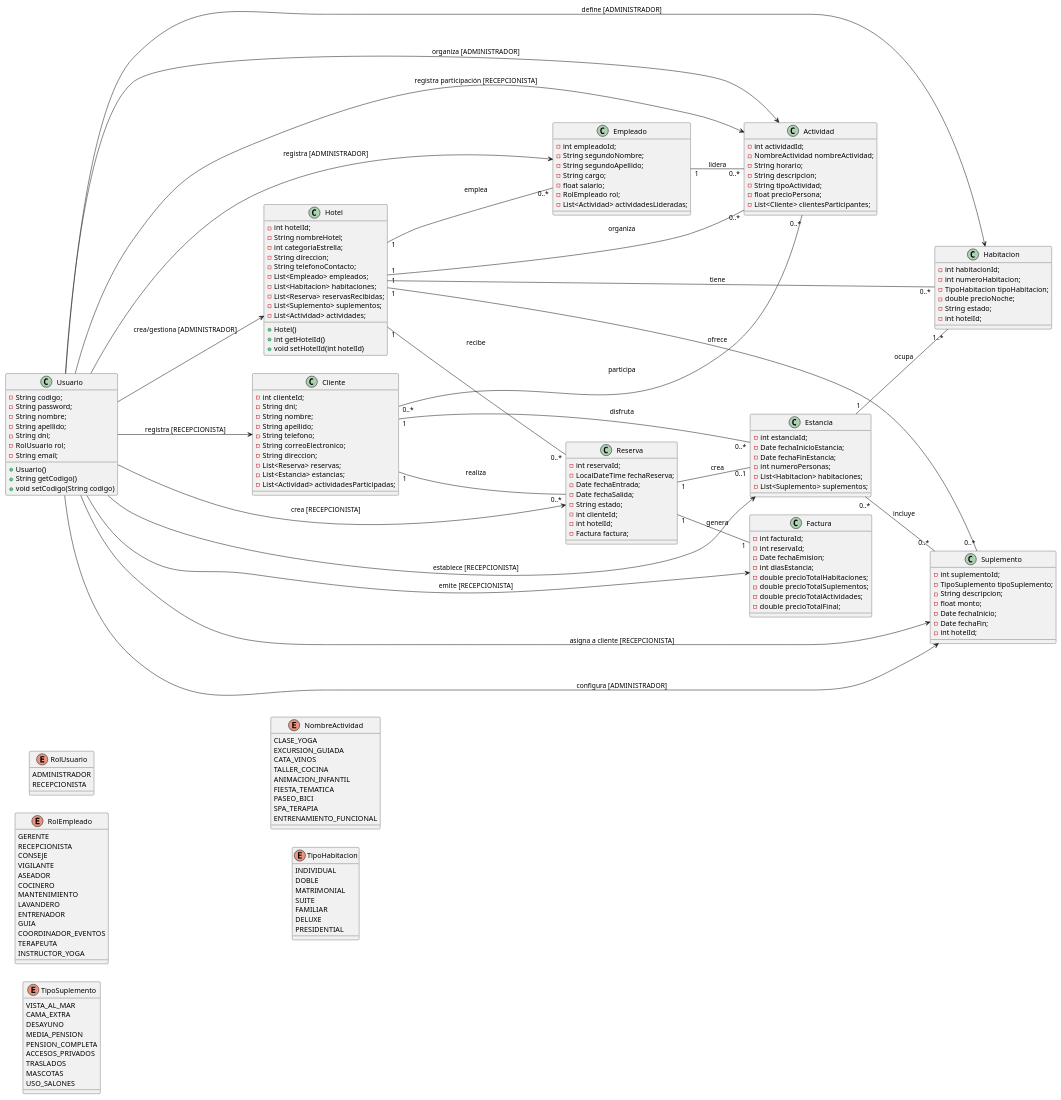
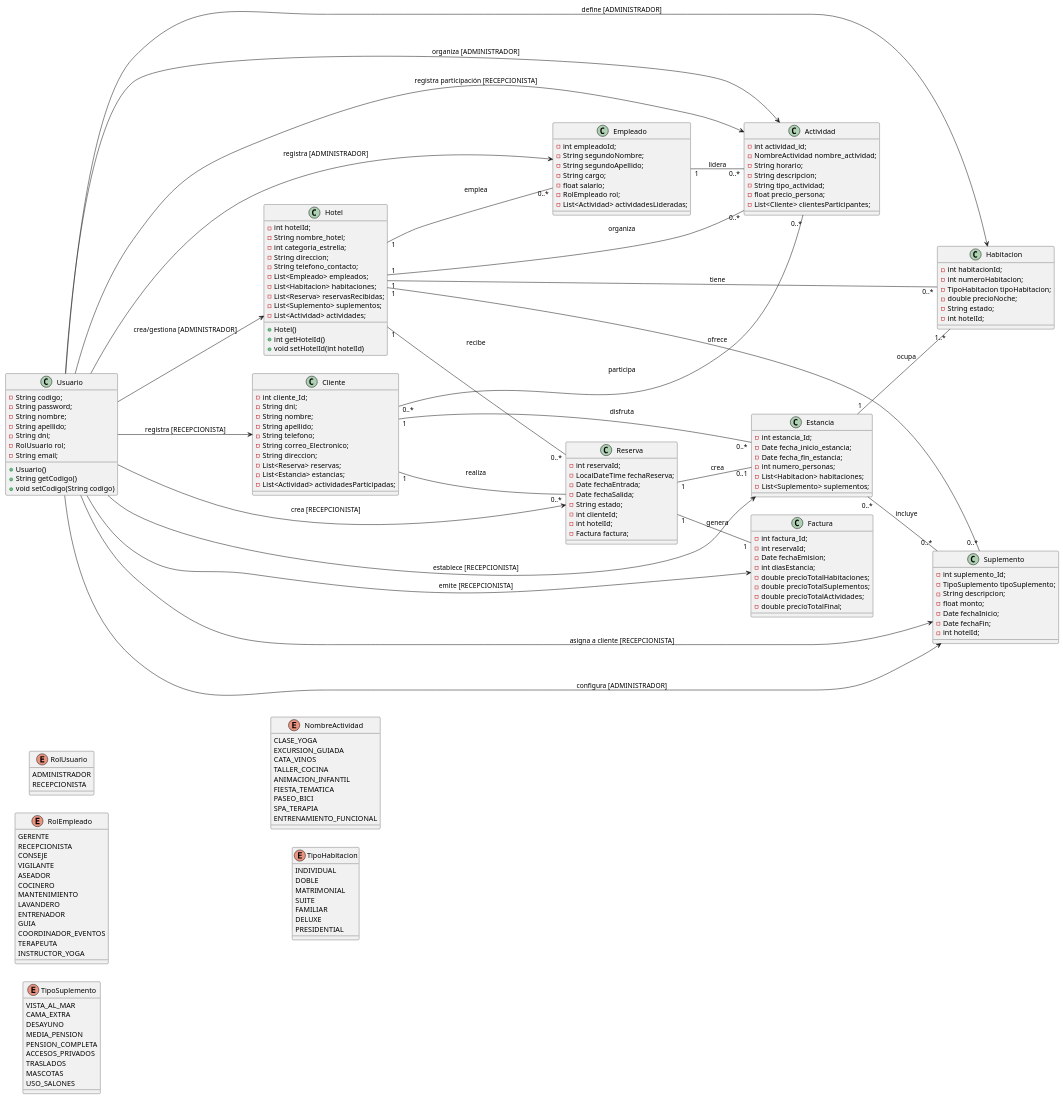
One commit to JTobon16/JTobon16-Actividad_1_Desarrollo_de_Software changed the diagram in src/Ejercicio32_Hoteles/DiagramaDeClases.puml. Above: the diagram before and after it, drawn with PlantUML.

Commit message:
se modifico el diagrama de clase

```diff
--- a/src/Ejercicio32_Hoteles/DiagramaDeClases.puml
+++ b/src/Ejercicio32_Hoteles/DiagramaDeClases.puml
@@ -17,10 +17,10 @@
 
 class Hotel {
   - int hotelId;
-  - String nombreHotel;
-  - int categoriaEstrella;
+  - String nombre_hotel;
+  - int categoria_estrella;
   - String direccion;
-  - String telefonoContacto;
+  - String telefono_contacto;
   - List<Empleado> empleados;
   - List<Habitacion> habitaciones;
   - List<Reserva> reservasRecibidas;
@@ -51,12 +51,12 @@
 }
 
 class Cliente {
-  - int clienteId;
+  - int cliente_Id;
   - String dni;
   - String nombre;
   - String apellido;
   - String telefono;
-  - String correoElectronico;
+  - String correo_Electronico;
   - String direccion;
   - List<Reserva> reservas;
   - List<Estancia> estancias;
@@ -75,16 +75,16 @@
 }
 
 class Estancia {
-  - int estanciaId;
-  - Date fechaInicioEstancia;
-  - Date fechaFinEstancia;
-  - int numeroPersonas;
+  - int estancia_Id;
+  - Date fecha_inicio_estancia;
+  - Date fecha_fin_estancia;
+  - int numero_personas;
   - List<Habitacion> habitaciones;
   - List<Suplemento> suplementos;
 }
 
 class Suplemento {
-  - int suplementoId;
+  - int suplemento_Id;
   - TipoSuplemento tipoSuplemento;
   - String descripcion;
   - float monto;
@@ -94,17 +94,17 @@
 }
 
 class Actividad {
-  - int actividadId;
-  - NombreActividad nombreActividad;
+  - int actividad_id;
+  - NombreActividad nombre_actividad;
   - String horario;
   - String descripcion;
-  - String tipoActividad;
-  - float precioPersona;
+  - String tipo_actividad;
+  - float precio_persona;
   - List<Cliente> clientesParticipantes;
 }
 
 class Factura {
-  - int facturaId;
+  - int factura_Id;
   - int reservaId;
   - Date fechaEmision;
   - int diasEstancia;
```
